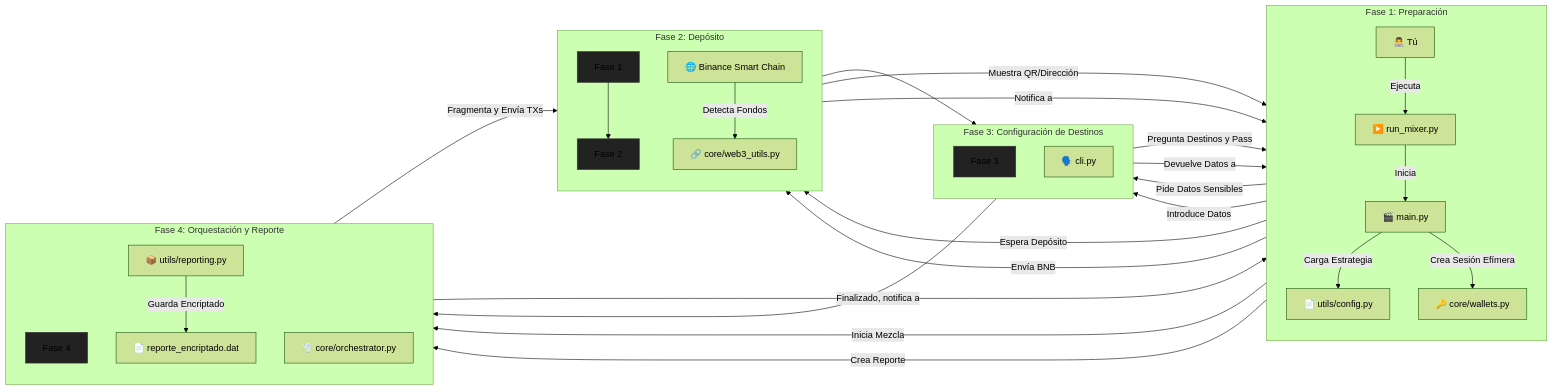
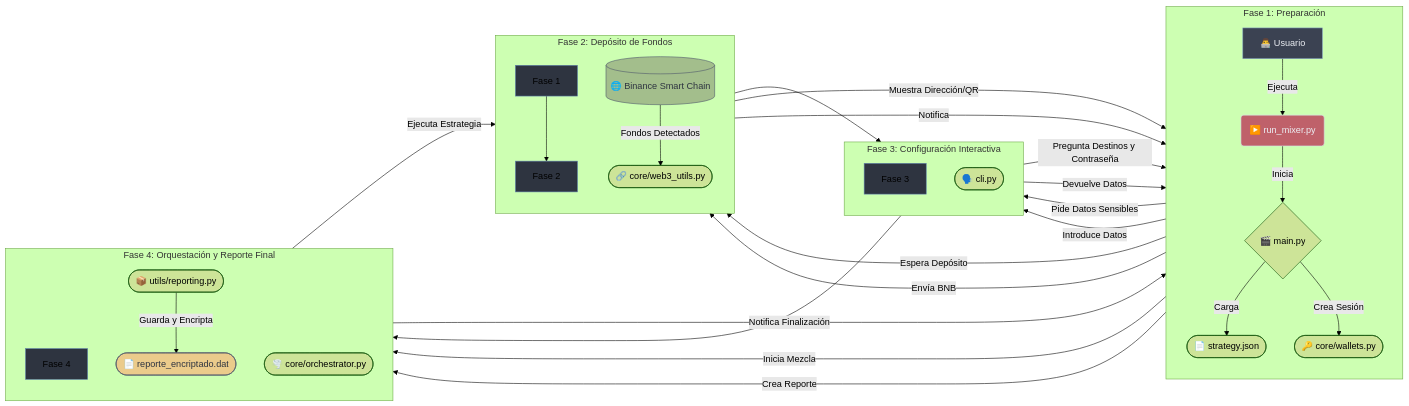
The diagram in README.md (federicolopeza/mixer), drawn with Mermaid (forest theme) before and after one commit.

Commit message:
Mejora el diagrama en el README.md, actualizando las fases del proceso de Epic Mixer para incluir nombres más descriptivos y mejorar la legibilidad visual con nuevos estilos.

````diff
--- a/README.md
+++ b/README.md
@@ -34,44 +34,49 @@
 ```mermaid
 graph LR
     subgraph "Fase 1: Preparación"
         direction TB
-        U[👨‍💻 Tú] -- Ejecuta --> RUN[▶️ run_mixer.py]
-        RUN -- Inicia --> MAIN[🎬 main.py]
-        MAIN -- "Carga Estrategia" --> CONF[📄 utils/config.py]
-        MAIN -- "Crea Sesión Efímera" --> WLT[🔑 core/wallets.py]
+        U[👨‍💻 Usuario] -- Ejecuta --> RUN(▶️ run_mixer.py)
+        RUN -- Inicia --> MAIN{🎬 main.py}
+        MAIN -- Carga --> CONF([📄 strategy.json])
+        MAIN -- Crea Sesión --> WLT([🔑 core/wallets.py])
     end
 
-    subgraph "Fase 2: Depósito"
+    subgraph "Fase 2: Depósito de Fondos"
         direction TB
         PREP[Fase 1] --> FDEP[Fase 2]
-        MAIN -- "Espera Depósito" --> W3U[🔗 core/web3_utils.py]
-        W3U -- "Muestra QR/Dirección" --> U
-        U -- "Envía BNB" --> BLOCKCHAIN[🌐 Binance Smart Chain]
-        BLOCKCHAIN -- "Detecta Fondos" --> W3U
+        MAIN -- Espera Depósito --> W3U([🔗 core/web3_utils.py])
+        W3U -- Muestra Dirección/QR --> U
+        U -- Envía BNB --> BLOCKCHAIN[(🌐 Binance Smart Chain)]
+        BLOCKCHAIN -- Fondos Detectados --> W3U
     end
     
-    subgraph "Fase 3: Configuración de Destinos"
+    subgraph "Fase 3: Configuración Interactiva"
         direction TB
         FDEP --> FCONF[Fase 3]
-        W3U -- "Notifica a" --> MAIN
-        MAIN -- "Pide Datos Sensibles" --> CLI[🗣️ cli.py]
-        CLI -- "Pregunta Destinos y Pass" --> U
-        U -- "Introduce Datos" --> CLI
+        W3U -- Notifica --> MAIN
+        MAIN -- Pide Datos Sensibles --> CLI([🗣️ cli.py])
+        CLI -- Pregunta Destinos y Contraseña --> U
+        U -- Introduce Datos --> CLI
     end
 
-    subgraph "Fase 4: Orquestación y Reporte"
+    subgraph "Fase 4: Orquestación y Reporte Final"
         direction TB
         FCONF --> FORCH[Fase 4]
-        CLI -- "Devuelve Datos a" --> MAIN
-        MAIN -- "Inicia Mezcla" --> ORCH[🌪️ core/orchestrator.py]
-        ORCH -- "Fragmenta y Envía TXs" --> BLOCKCHAIN
-        ORCH -- "Finalizado, notifica a" --> MAIN
-        MAIN -- "Crea Reporte" --> REP[📦 utils/reporting.py]
-        REP -- "Guarda Encriptado" --> OUT[📄 reporte_encriptado.dat]
+        CLI -- Devuelve Datos --> MAIN
+        MAIN -- Inicia Mezcla --> ORCH([🌪️ core/orchestrator.py])
+        ORCH -- Ejecuta Estrategia --> BLOCKCHAIN
+        ORCH -- Notifica Finalización --> MAIN
+        MAIN -- Crea Reporte --> REP([📦 utils/reporting.py])
+        REP -- Guarda y Encripta --> OUT([📄 reporte_encriptado.dat])
     end
     
-    style PREP fill:#222,stroke:#333
-    style FDEP fill:#222,stroke:#333
-    style FCONF fill:#222,stroke:#333
-    style FORCH fill:#222,stroke:#333
+    %% Estilos para mejorar la legibilidad visual
+    style U fill:#3B4252,stroke:#81A1C1,color:#ECEFF4
+    style BLOCKCHAIN fill:#A3BE8C,stroke:#4C566A,color:#2E3440
+    style RUN fill:#BF616A,stroke:#D8DEE9,color:#ECEFF4
+    style OUT fill:#EBCB8B,stroke:#4C566A,color:#2E3440
+    style PREP fill:#2E3440,stroke:#5E81AC
+    style FDEP fill:#2E3440,stroke:#5E81AC
+    style FCONF fill:#2E3440,stroke:#5E81AC
+    style FORCH fill:#2E3440,stroke:#5E81AC
 ```
````
